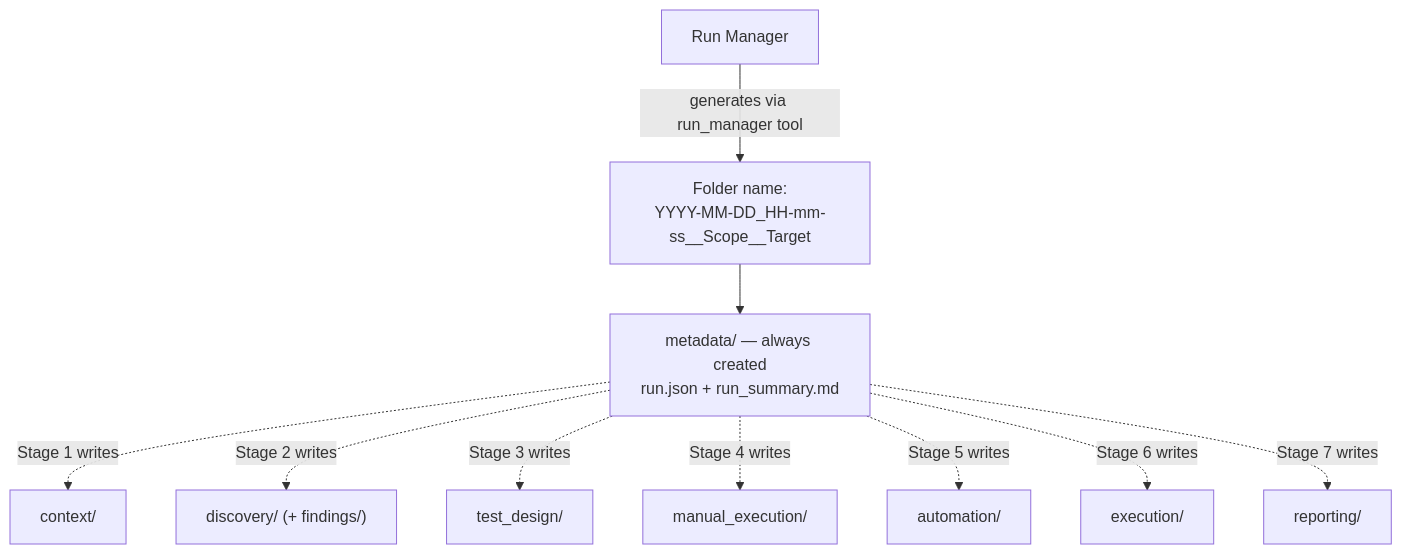
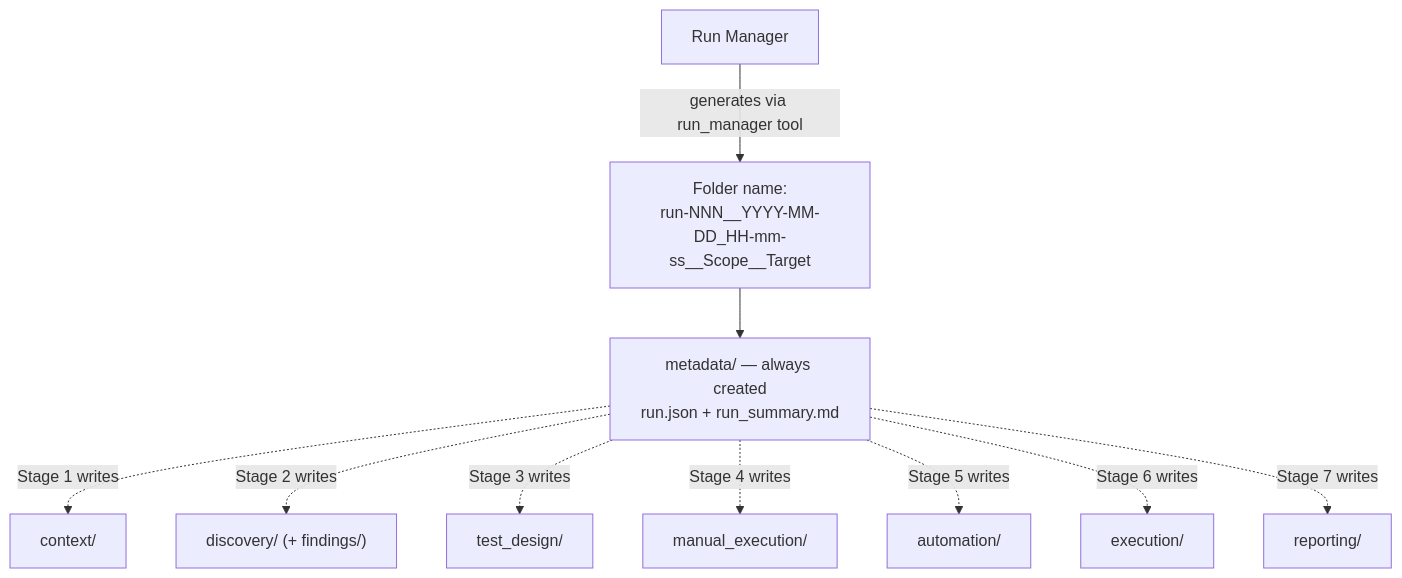
Before and after one commit to HusseinAtaHussein1/AISeatMap: the seventh of 10 diagrams in README.md, drawn with Mermaid. The commit also changed other lines of this file and 41 other files, not shown here.

First line of the commit message:
feat(runs): make the run folder the sole artifact location; one file per artifact

````diff
--- a/README.md
+++ b/README.md
@@ -535,12 +539,12 @@
 ```mermaid
 flowchart TD
-    RM["Run Manager"] -->|generates via run_manager tool| RID["Folder name:<br/>YYYY-MM-DD_HH-mm-ss__Scope__Target"]
+    RM["Run Manager"] -->|generates via run_manager tool| RID["Folder name:<br/>run-NNN__YYYY-MM-DD_HH-mm-ss__Scope__Target"]
     RID --> META["metadata/ — always created<br/>run.json + run_summary.md"]
     META -.->|Stage 1 writes| CTX["context/"]
     META -.->|Stage 2 writes| DISC["discovery/ (+ findings/)"]
     META -.->|Stage 3 writes| TDS["test_design/"]
     META -.->|Stage 4 writes| MANEX["manual_execution/"]
     META -.->|Stage 5 writes| AUT["automation/"]
     META -.->|Stage 6 writes| EXE["execution/"]
     META -.->|Stage 7 writes| REP["reporting/"]
 ```
````
